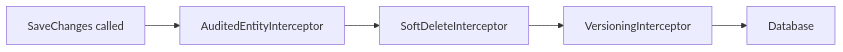
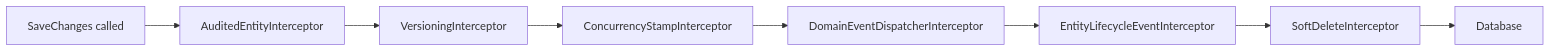
One commit to granit-fx/granit-docs changed the diagram in src/content/docs/dotnet/concepts/persistence.mdx. Above: the diagram before and after it, drawn with Mermaid. The commit also changed other lines of this file and 10 other files, not shown here.

````diff
--- a/src/content/docs/dotnet/concepts/persistence.mdx
+++ b/src/content/docs/dotnet/concepts/persistence.mdx
@@ -29,7 +30,10 @@
 ```mermaid
 flowchart LR
     A[SaveChanges called] --> B[AuditedEntityInterceptor]
-    B --> C[SoftDeleteInterceptor]
-    C --> D[VersioningInterceptor]
-    D --> E[Database]
+    B --> C[VersioningInterceptor]
+    C --> D[ConcurrencyStampInterceptor]
+    D --> E[DomainEventDispatcherInterceptor]
+    E --> F[EntityLifecycleEventInterceptor]
+    F --> G[SoftDeleteInterceptor]
+    G --> H[Database]
 ```
````
